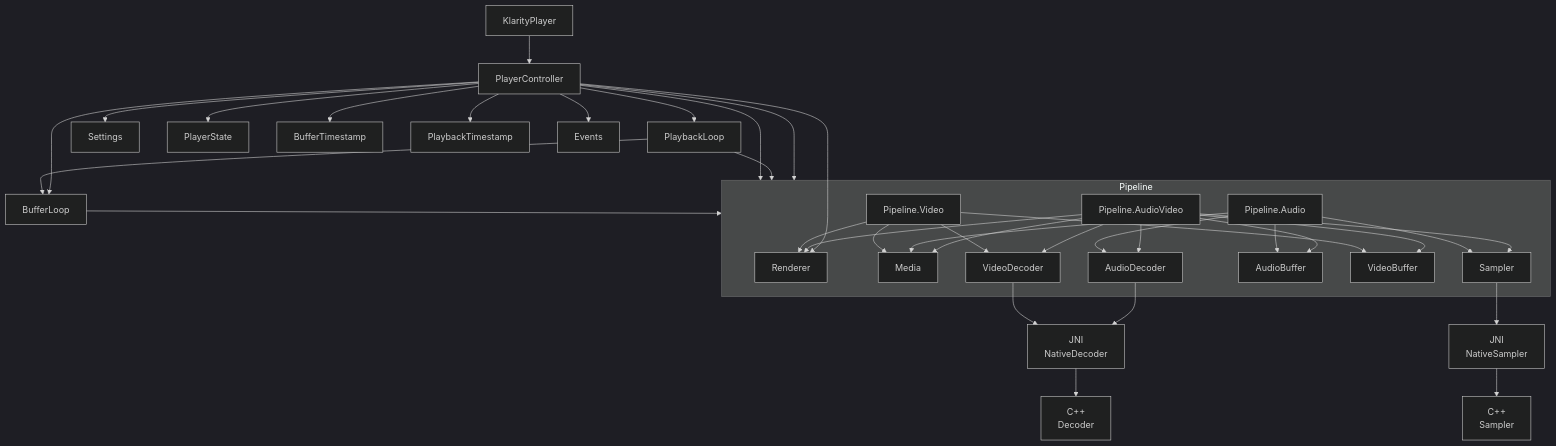
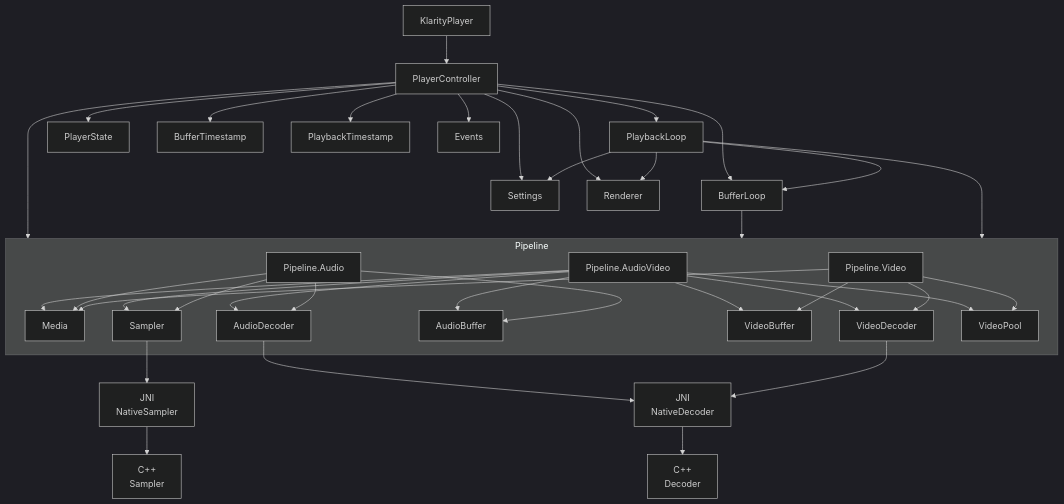
Before and after one commit to numq/Klarity: the first of 2 diagrams in README.md, drawn with Mermaid (dark theme). The commit also changed other lines of this file, not shown here.

````diff
--- a/README.md
+++ b/README.md
@@ -44,38 +47,39 @@
 ```mermaid
 graph TD
     KlarityPlayer --> PlayerController
     PlayerController --> Pipeline
     PlayerController --> BufferLoop
     PlayerController --> PlaybackLoop
     PlayerController --> Settings
     PlayerController --> PlayerState
     PlayerController --> BufferTimestamp
     PlayerController --> PlaybackTimestamp
     PlayerController --> Renderer
     PlayerController --> Events
     BufferLoop --> Pipeline
     PlaybackLoop --> BufferLoop
     PlaybackLoop --> Pipeline
-    PlayerController --> Pipeline
+    PlaybackLoop --> Renderer
+    PlaybackLoop --> Settings
     subgraph Pipeline
         Pipeline.AudioVideo --> Media
         Pipeline.AudioVideo --> AudioDecoder
         Pipeline.AudioVideo --> VideoDecoder
         Pipeline.AudioVideo --> AudioBuffer
         Pipeline.AudioVideo --> VideoBuffer
         Pipeline.AudioVideo --> Sampler
-        Pipeline.AudioVideo --> Renderer
+        Pipeline.AudioVideo --> VideoPool
         Pipeline.Audio --> Media
         Pipeline.Audio --> AudioDecoder
         Pipeline.Audio --> AudioBuffer
         Pipeline.Audio --> Sampler
         Pipeline.Video --> Media
         Pipeline.Video --> VideoDecoder
         Pipeline.Video --> VideoBuffer
-        Pipeline.Video --> Renderer
+        Pipeline.Video --> VideoPool
     end
     Sampler --> JNI\nNativeSampler --> C++\nSampler
     AudioDecoder --> JNI\nNativeDecoder
     VideoDecoder --> JNI\nNativeDecoder
     JNI\nNativeDecoder --> C++\nDecoder
 ```
````
